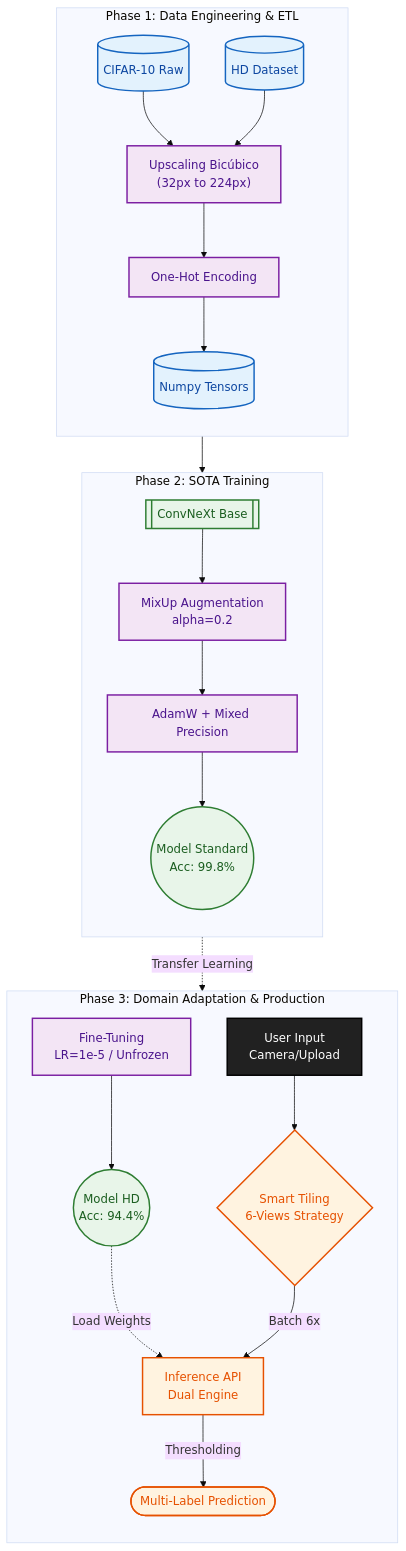
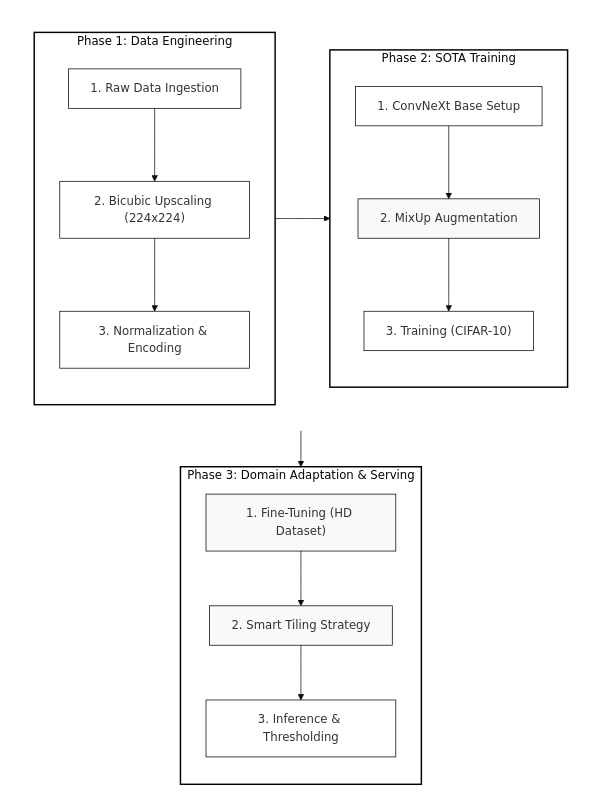
Before and after one commit to elsebasdev1/model_multilabel: the diagram in README.md, drawn with Mermaid (base theme).

Commit message:
Refactor Mermaid diagram styles and phases

````diff
--- a/README.md
+++ b/README.md
@@ -24,59 +24,54 @@
 ```mermaid
 graph TD
-    %% --- ESTILOS VISUALES ---
-    classDef data fill:#e3f2fd,stroke:#1565c0,stroke-width:2px,color:#0d47a1;
-    classDef process fill:#f3e5f5,stroke:#7b1fa2,stroke-width:2px,color:#4a148c;
-    classDef model fill:#e8f5e9,stroke:#2e7d32,stroke-width:2px,color:#1b5e20;
-    classDef serving fill:#fff3e0,stroke:#e65100,stroke-width:2px,color:#e65100;
-    classDef user fill:#212121,stroke:#000,stroke-width:2px,color:#fff;
+    %% --- DEFINICIÓN DE ESTILOS (ACADÉMICO / SOBRIO) ---
+    %% Fondo blanco, bordes negros, texto negro. Sin colores.
+    classDef container fill:#fff,stroke:#000,stroke-width:2px;
+    classDef step fill:#fff,stroke:#000,stroke-width:1px,stroke-dasharray: 0;
+    classDef highlight fill:#f9f9f9,stroke:#000,stroke-width:1px;
 
-    %% --- FASE 1: INGENIERÍA DE DATOS ---
-    subgraph P1 [Phase 1: Data Engineering & ETL]
-        direction TB
-        RAW1[("CIFAR-10 Raw")]:::data
-        RAW2[("HD Dataset")]:::data
-        
-        STEP1["Upscaling Bicúbico<br/>(32px to 224px)"]:::process
-        STEP2["One-Hot Encoding"]:::process
-        TENSORS[("Numpy Tensors")]:::data
+    %% --- CONTENEDOR SUPERIOR (Para alinear Fase 1 y Fase 2 horizontalmente) ---
+    subgraph TOP_ROW [ ]
+        direction LR
+        style TOP_ROW fill:#fff,stroke:#fff,color:#fff
 
-        RAW1 --> STEP1
-        RAW2 --> STEP1
-        STEP1 --> STEP2 --> TENSORS
+        %% === FASE 1: PREPARACIÓN (IZQUIERDA) ===
+        subgraph P1 [Phase 1: Data Engineering]
+            direction TB
+            S1_1["1. Raw Data Ingestion"]:::step
+            S1_2["2. Bicubic Upscaling (224x224)"]:::step
+            S1_3["3. Normalization & Encoding"]:::step
+            
+            S1_1 --> S1_2 --> S1_3
+        end
+
+        %% === FASE 2: MODELADO SOTA (DERECHA) ===
+        subgraph P2 [Phase 2: SOTA Training]
+            direction TB
+            S2_1["1. ConvNeXt Base Setup"]:::step
+            S2_2["2. MixUp Augmentation"]:::highlight
+            S2_3["3. Training (CIFAR-10)"]:::step
+            
+            S2_1 --> S2_2 --> S2_3
+        end
     end
 
-    %% --- FASE 2: ENTRENAMIENTO SOTA ---
-    subgraph P2 [Phase 2: SOTA Training]
+    %% === FASE 3: ADAPTACIÓN (ABAJO CENTRO) ===
+    subgraph P3 [Phase 3: Domain Adaptation & Serving]
         direction TB
-        ARCH[["ConvNeXt Base"]]:::model
-        AUG["MixUp Augmentation<br/>alpha=0.2"]:::process
-        OPT["AdamW + Mixed Precision"]:::process
-        MODEL_STD(("Model Standard<br/>Acc: 99.8%")):::model
-
-        TENSORS --> AUG
-        ARCH --> AUG
-        AUG --> OPT --> MODEL_STD
+        S3_1["1. Fine-Tuning (HD Dataset)"]:::highlight
+        S3_2["2. Smart Tiling Strategy"]:::highlight
+        S3_3["3. Inference & Thresholding"]:::step
+        
+        S3_1 --> S3_2 --> S3_3
     end
 
-    %% --- FASE 3: ADAPTACIÓN Y SERVING ---
-    subgraph P3 [Phase 3: Domain Adaptation & Production]
-        direction TB
-        FT["Fine-Tuning<br/>LR=1e-5 / Unfrozen"]:::process
-        MODEL_HD(("Model HD<br/>Acc: 94.4%")):::model
-        
-        IMG_USER["User Input<br/>Camera/Upload"]:::user
-        CROP{"Smart Tiling<br/>6-Views Strategy"}:::serving
-        API["Inference API<br/>Dual Engine"]:::serving
-        RES(["Multi-Label Prediction"]):::serving
+    %% --- CONEXIONES ENTRE FASES ---
+    %% Conectamos el último paso de P1 con el primero de P2
+    S1_3 --> S2_1
+    
+    %% Conectamos el modelo entrenado de P2 con el Fine-Tuning de P3
+    S2_3 --> S3_1
 
-        %% Flujo de Adaptación
-        MODEL_STD -.->|Transfer Learning| FT
-        FT --> MODEL_HD
-
-        %% Flujo de Inferencia
-        MODEL_HD -.->|Load Weights| API
-        IMG_USER --> CROP
-        CROP -->|"Batch 6x"| API
-        API -->|Thresholding| RES
-    end
+    %% Aplicamos estilos a los contenedores de fases
+    class P1,P2,P3 container;
 ```
````
